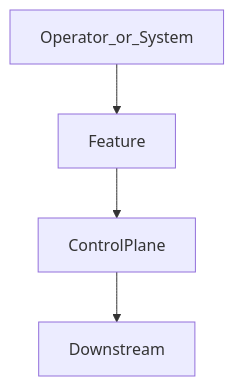
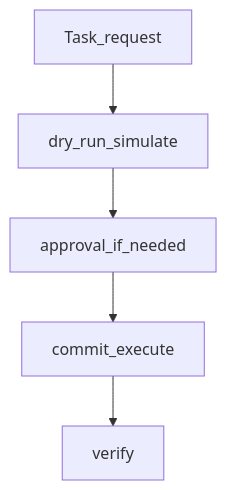
The diagram in docs/Development/Epic-01/phase-04/task-02-dry-run-execution-path/diagram.md (llanesleonardo/controlPanelErpOdoo), drawn with Mermaid before and after one commit. The commit also changed other lines of this file and 194 other files, not shown here.

First line of the commit message:
Implement Epic-02 through Epic-04: contracts, ops surfaces, and ERP dry-run path.

````diff
--- a/docs/Development/Epic-01/phase-04/task-02-dry-run-execution-path/diagram.md
+++ b/docs/Development/Epic-01/phase-04/task-02-dry-run-execution-path/diagram.md
@@ -7,6 +8,12 @@
 ```mermaid
 flowchart TD
-  A[Operator_or_System] --> B[Feature]
-  B --> C[ControlPlane]
-  C --> D[Downstream]
+  Req[Task_request]
+  Dry[dry_run_simulate]
+  Appr[approval_if_needed]
+  Commit[commit_execute]
+  Verify[verify]
+  Req --> Dry
+  Dry --> Appr
+  Appr --> Commit
+  Commit --> Verify
 ```
````
